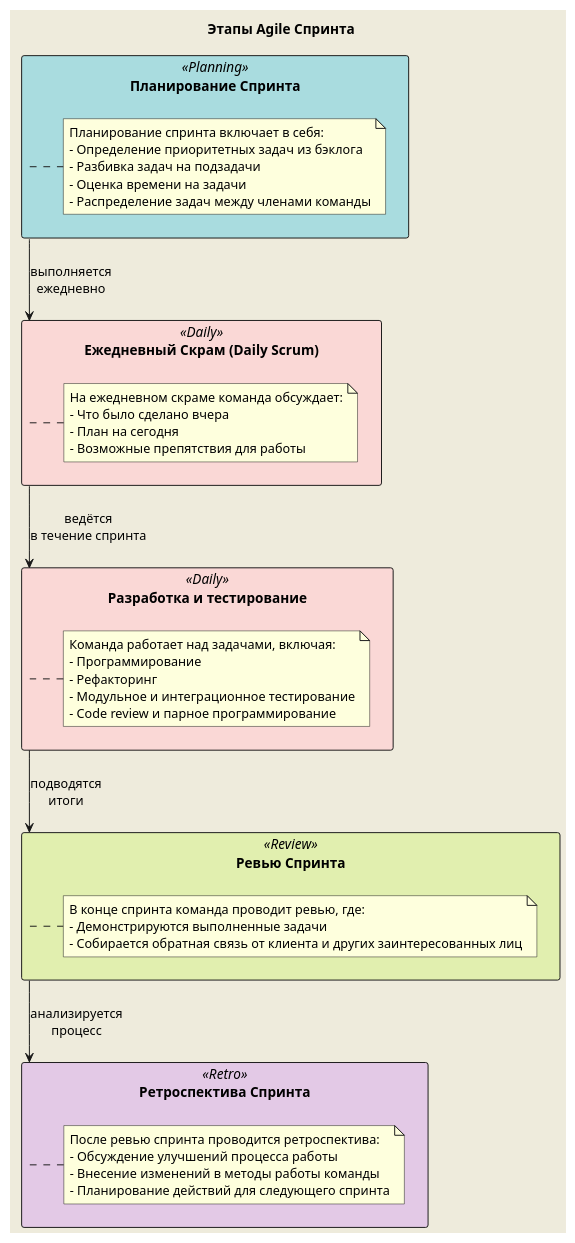
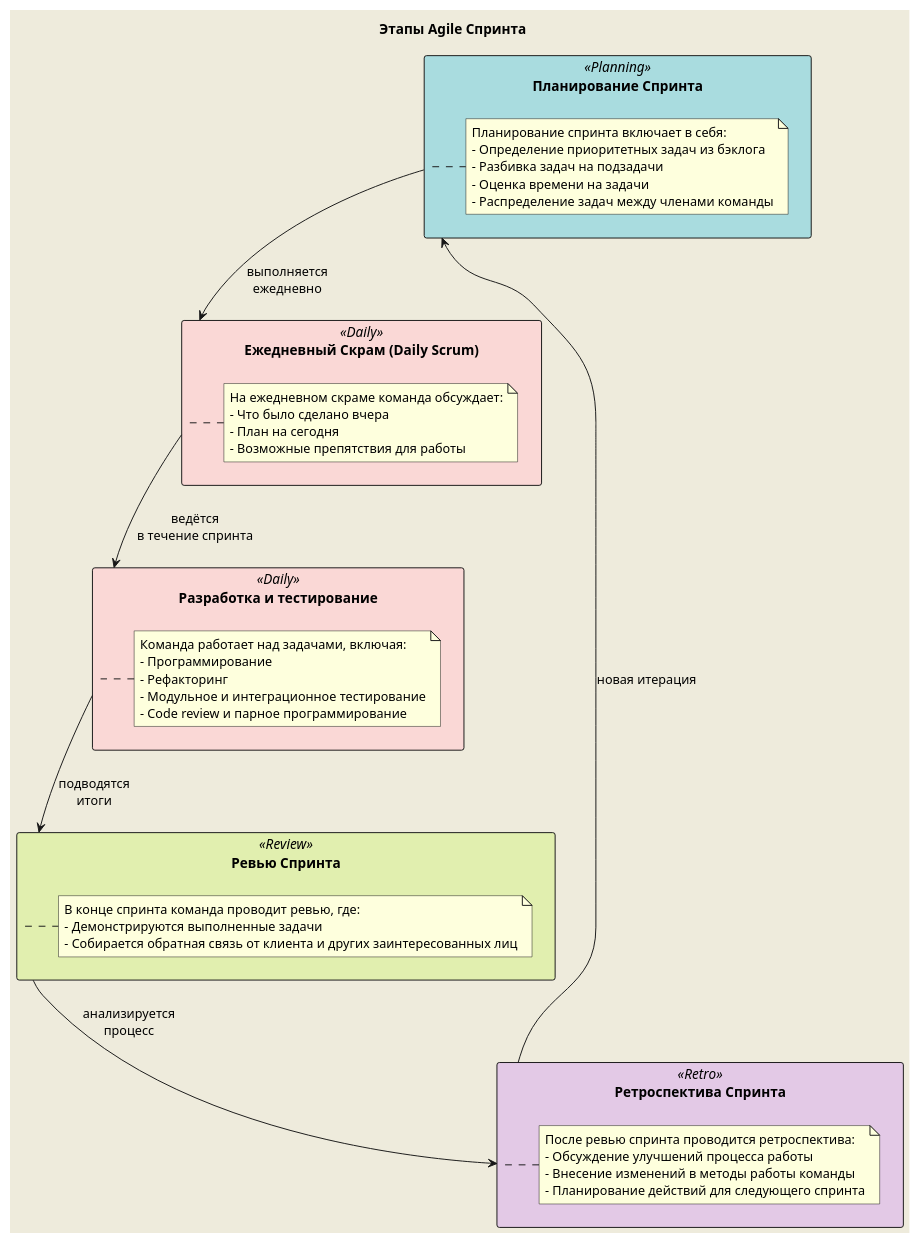
The third of 37 diagrams in Модуль UML.md (VladimirMonin/conspects), drawn with PlantUML before and after one commit. The commit also changed other lines of this file, not shown here.

Commit message:
uml: уроки 9-12

````diff
--- a/Модуль UML.md
+++ b/Модуль UML.md
@@ -397,64 +403,65 @@
 ```plantuml
 @startuml
 skinparam backgroundColor #EEEBDC
 skinparam rectangle {
   BackgroundColor<<Planning>> #A9DCDF
   BackgroundColor<<Daily>> #FAD8D6
   BackgroundColor<<Review>> #E1EFAF
   BackgroundColor<<Retro>> #E3C9E6
 }
 
 title Этапы Agile Спринта
 
 rectangle "Планирование Спринта" as SprintPlanning <<Planning>> {
   note right of SprintPlanning
     Планирование спринта включает в себя:
     - Определение приоритетных задач из бэклога
     - Разбивка задач на подзадачи
     - Оценка времени на задачи
     - Распределение задач между членами команды
   end note
 }
 
 rectangle "Ежедневный Скрам (Daily Scrum)" as DailyScrum <<Daily>> {
   note right of DailyScrum
     На ежедневном скраме команда обсуждает:
     - Что было сделано вчера
     - План на сегодня
     - Возможные препятствия для работы
   end note
 }
 
 rectangle "Разработка и тестирование" as DevTest <<Daily>> {
   note left of DevTest
     Команда работает над задачами, включая:
     - Программирование
     - Рефакторинг
     - Модульное и интеграционное тестирование
     - Code review и парное программирование
   end note
 }
 
 rectangle "Ревью Спринта" as SprintReview <<Review>> {
   note right of SprintReview
     В конце спринта команда проводит ревью, где:
     - Демонстрируются выполненные задачи
     - Собирается обратная связь от клиента и других заинтересованных лиц
   end note
 }
 
 rectangle "Ретроспектива Спринта" as SprintRetro <<Retro>> {
   note right of SprintRetro
     После ревью спринта проводится ретроспектива:
     - Обсуждение улучшений процесса работы
     - Внесение изменений в методы работы команды
     - Планирование действий для следующего спринта
   end note
 }
 
 SprintPlanning -down-> DailyScrum : выполняется\nежедневно
 DailyScrum -down-> DevTest : ведётся\nв течение спринта
 DevTest -down-> SprintReview : подводятся\nитоги
 SprintReview -down-> SprintRetro : анализируется\nпроцесс
+SprintRetro -right-> SprintPlanning : новая итерация
 @enduml
 ```
````
